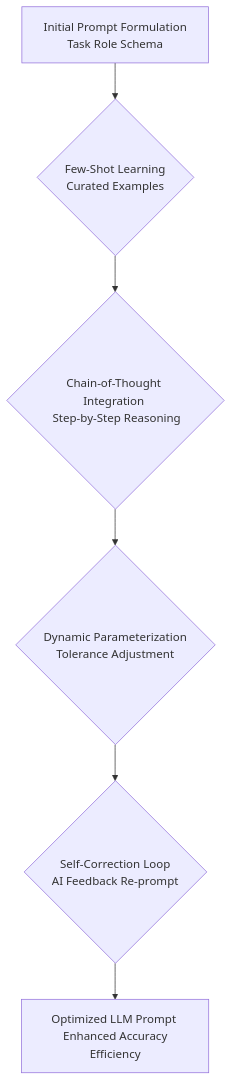
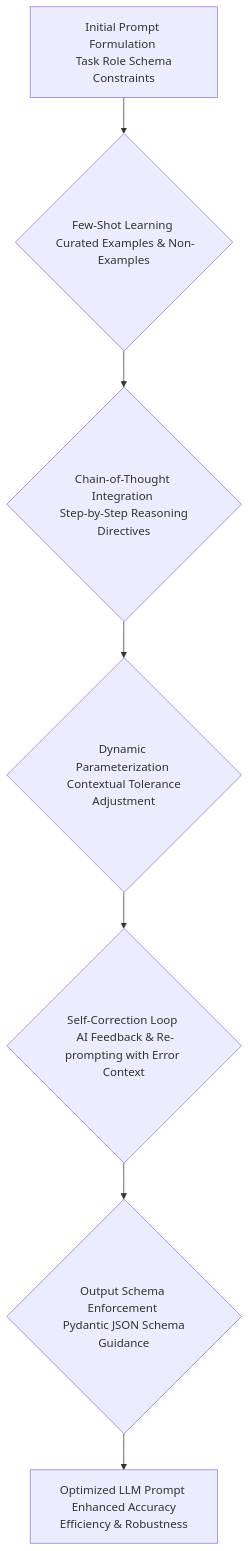
One commit to diplomat-bit/Citibank_Demo_Business_Inc_Demonstration- changed the fourth of 10 diagrams in inventions/006_ai_subscription_detection.md. Above: the diagram before and after it, drawn with Mermaid. The commit also changed other lines of this file, not shown here.

````diff
--- a/inventions/006_ai_subscription_detection.md
+++ b/inventions/006_ai_subscription_detection.md
@@ -176,8 +177,9 @@
 ```mermaid
 graph TD
-    A[Initial Prompt Formulation <br/> Task Role Schema] --> B{Few-Shot Learning <br/> Curated Examples}
-    B --> C{Chain-of-Thought Integration <br/> Step-by-Step Reasoning}
-    C --> D{Dynamic Parameterization <br/> Tolerance Adjustment}
-    D --> E{Self-Correction Loop <br/> AI Feedback Re-prompt}
-    E --> F[Optimized LLM Prompt <br/> Enhanced Accuracy Efficiency]
+    A[Initial Prompt Formulation <br/> Task Role Schema Constraints] --> B{Few-Shot Learning <br/> Curated Examples & Non-Examples}
+    B --> C{Chain-of-Thought Integration <br/> Step-by-Step Reasoning Directives}
+    C --> D{Dynamic Parameterization <br/> Contextual Tolerance Adjustment}
+    D --> E{Self-Correction Loop <br/> AI Feedback & Re-prompting with Error Context}
+    E --> F{Output Schema Enforcement <br/> Pydantic JSON Schema Guidance}
+    F --> G[Optimized LLM Prompt <br/> Enhanced Accuracy Efficiency & Robustness]
 ```
````
